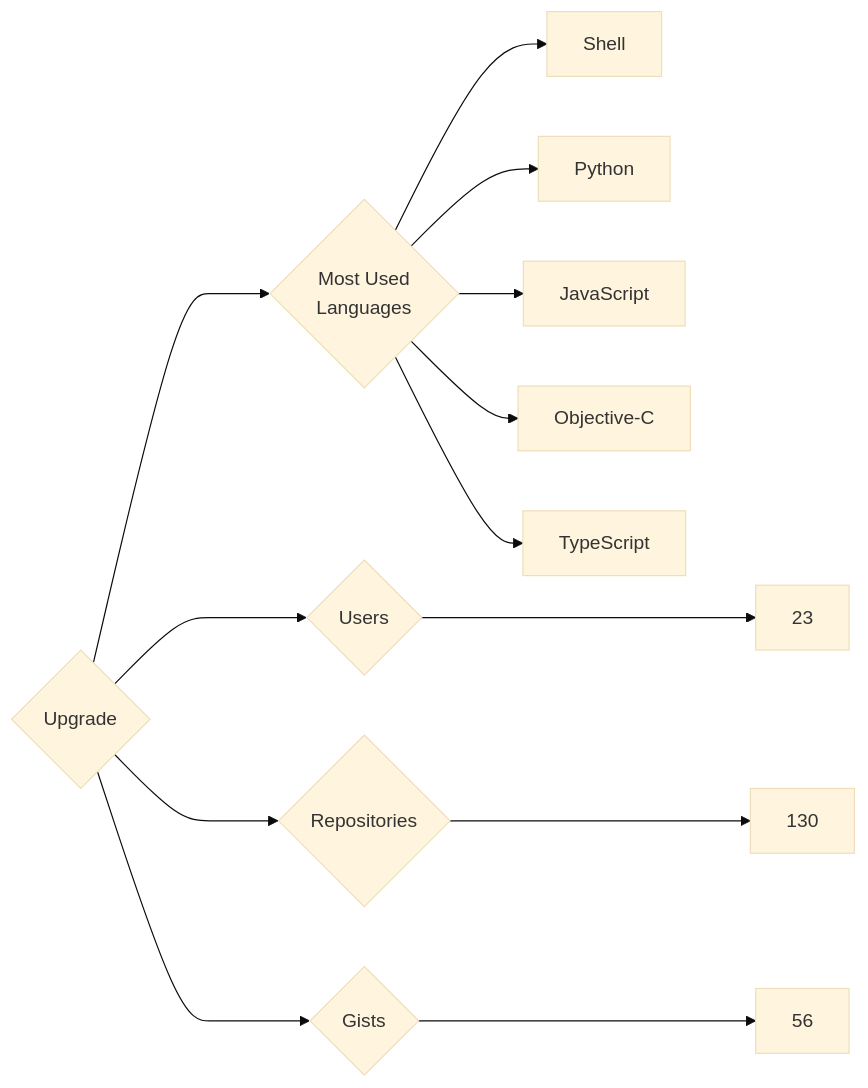
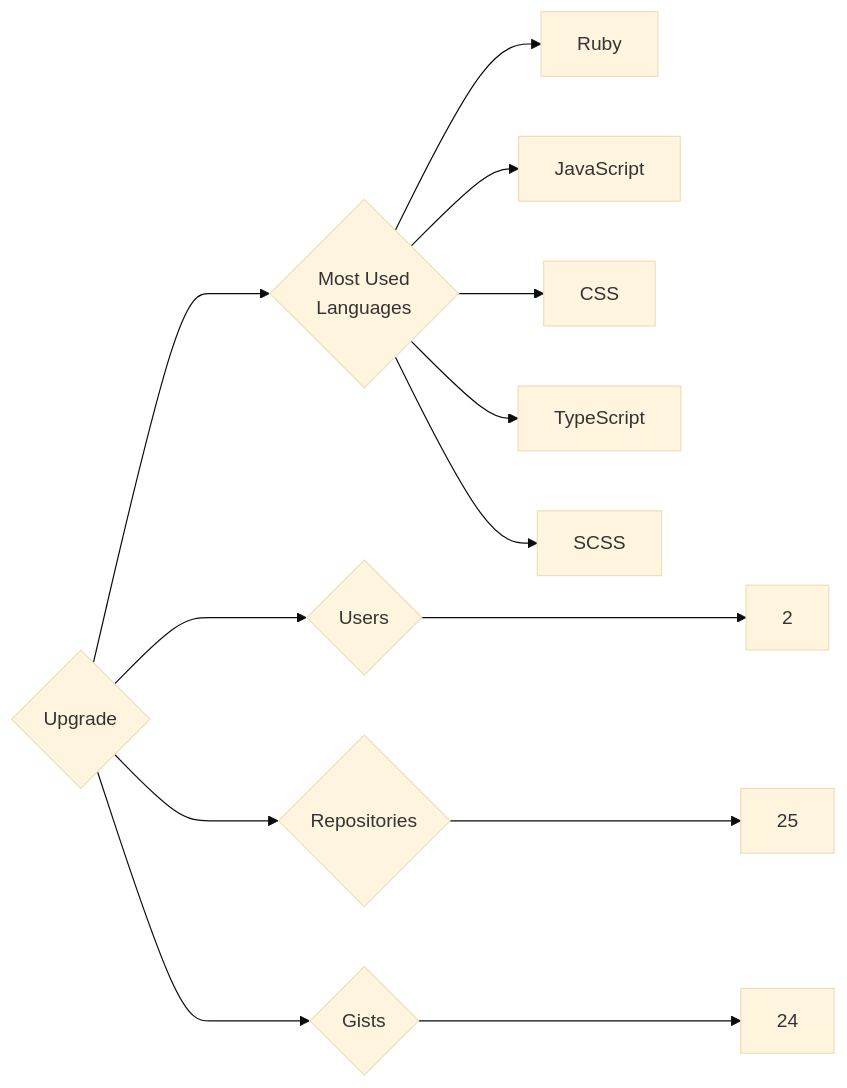
The diagram in targets/Upgrade/README.md (trickest/insiders), drawn with Mermaid (base theme) before and after one commit. The commit also changed 851 other files, not shown here.

````diff
--- a/targets/Upgrade/README.md
+++ b/targets/Upgrade/README.md
@@ -3,13 +3,13 @@
 ```mermaid
 graph LR
 COMPANY_NAME{Upgrade}
-COMPANY_NAME ---> U{Users} ---> UN[23]
-COMPANY_NAME ---> R{Repositories} ---> RN[130]
-COMPANY_NAME ---> G{Gists} ---> GN[56]
+COMPANY_NAME ---> U{Users} ---> UN[2]
+COMPANY_NAME ---> R{Repositories} ---> RN[25]
+COMPANY_NAME ---> G{Gists} ---> GN[24]
 COMPANY_NAME ---> ML{Most Used<br>Languages}
-ML --> Shell[Shell]
-ML --> Python[Python]
+ML --> Ruby[Ruby]
 ML --> JavaScript[JavaScript]
-ML --> Objective-C[Objective-C]
+ML --> CSS[CSS]
 ML --> TypeScript[TypeScript]
+ML --> SCSS[SCSS]
 ```
````
